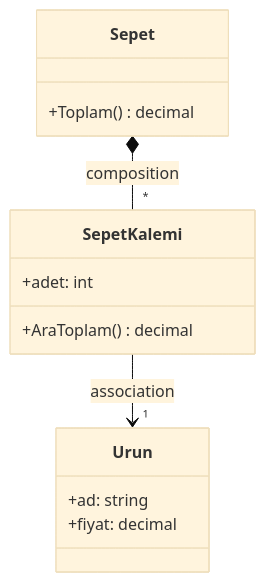
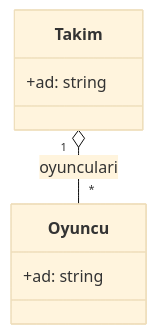
One commit to ibrahimayaz/Nesne-Yonelimli-Programlama-2025 changed the fourth of 5 diagrams in Hafta02/README.md. Above: the diagram before and after it, drawn with Mermaid (base theme). The commit also changed other lines of this file and 9 other files, not shown here.

````diff
--- a/Hafta02/README.md
+++ b/Hafta02/README.md
@@ -55,17 +88,11 @@
 ```mermaid
 classDiagram
-    class Urun {
+    class Takim {
       +ad: string
-      +fiyat: decimal
     }
-    class SepetKalemi {
-      +adet: int
-      +AraToplam() decimal
-    }
-    class Sepet {
-      +Toplam() decimal
+    class Oyuncu {
+      +ad: string
     }
 
-    Sepet *-- "*" SepetKalemi : composition
-    SepetKalemi --> "1" Urun : association
+    Takim "1" o-- "*" Oyuncu : oyunculari
 ```
````
